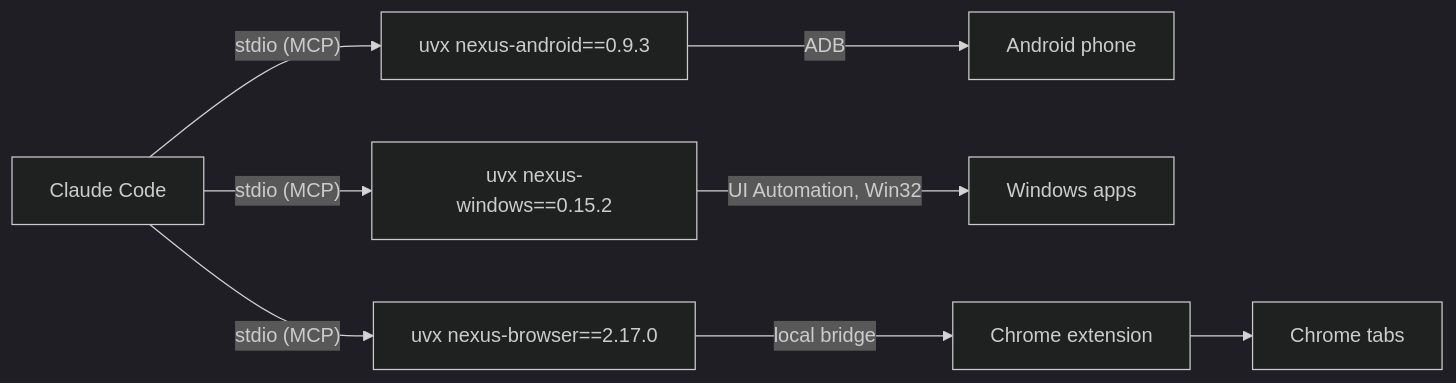
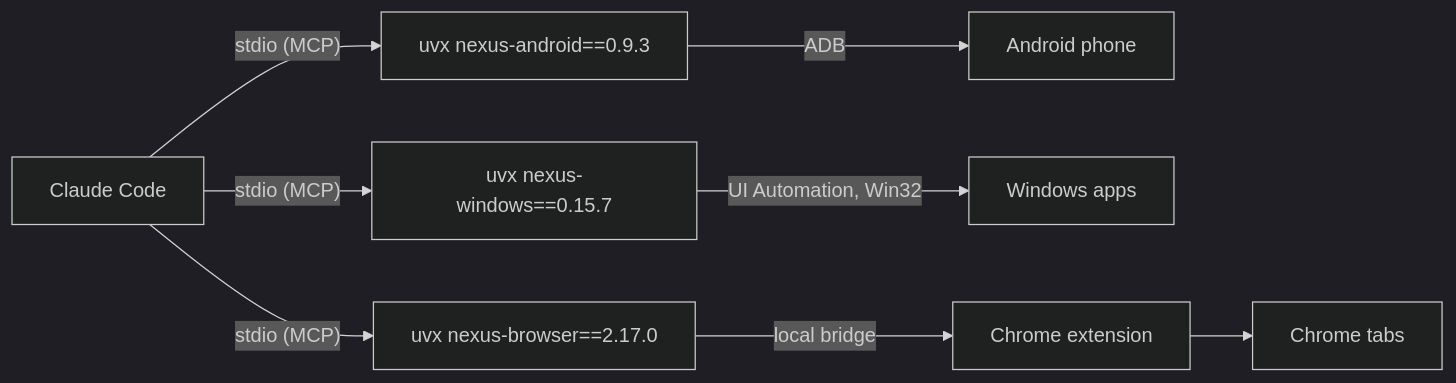
Before and after one commit to pironjulien/NexusSystem: the diagram in README.md, drawn with Mermaid (dark theme). The commit also changed 7 other files, not shown here.

Commit message:
Update to 1.3.1: nexus-windows 0.15.7

````diff
--- a/README.md
+++ b/README.md
@@ -49,6 +49,6 @@
 ```mermaid
 flowchart LR
     C["Claude Code"] -- "stdio (MCP)" --> A["uvx nexus-android==0.9.3"] -- ADB --> P["Android phone"]
-    C -- "stdio (MCP)" --> W["uvx nexus-windows==0.15.2"] -- "UI Automation, Win32" --> D["Windows apps"]
+    C -- "stdio (MCP)" --> W["uvx nexus-windows==0.15.7"] -- "UI Automation, Win32" --> D["Windows apps"]
     C -- "stdio (MCP)" --> B["uvx nexus-browser==2.17.0"] -- "local bridge" --> E["Chrome extension"] --> T["Chrome tabs"]
 ```
````
